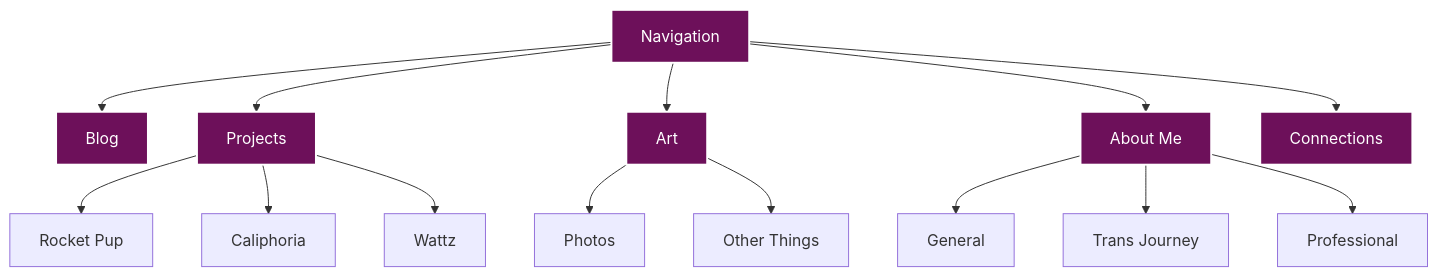
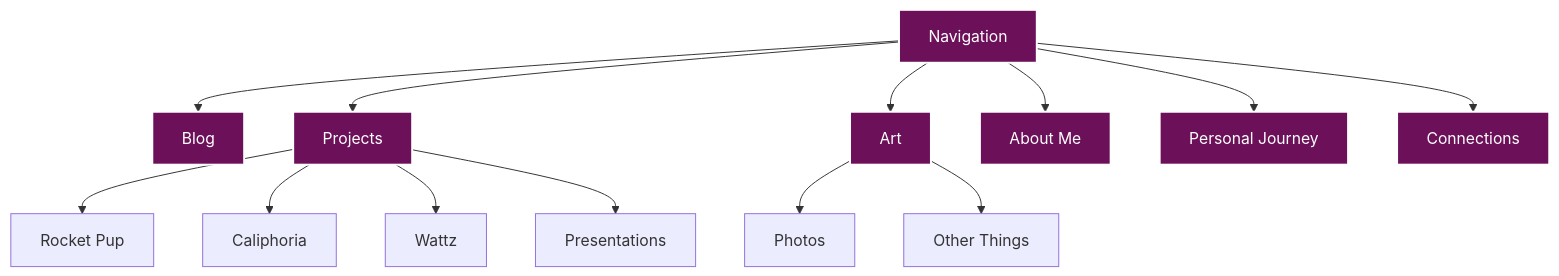
Before and after one commit to radicalkjax/blog: the fourth of 5 diagrams in docs/architecture/README.md, drawn with Mermaid. The commit also changed other lines of this file and 9 other files, not shown here.

````diff
--- a/docs/architecture/README.md
+++ b/docs/architecture/README.md
@@ -260,26 +267,25 @@
 ```mermaid
 graph TD
     A[Navigation] --> B[Blog]
     A --> C[Projects]
     A --> D[Art]
     A --> E[About Me]
-    A --> F[Connections]
+    A --> F[Personal Journey]
+    A --> G[Connections]
     
     C --> C1[Rocket Pup]
     C --> C2[Caliphoria]
     C --> C3[Wattz]
+    C --> C4[Presentations]
     
     D --> D1[Photos]
     D --> D2[Other Things]
-    
-    E --> E1[General]
-    E --> E2[Trans Journey]
-    E --> E3[Professional]
     
     style A fill:#6d105a,stroke:#fff,stroke-width:2px,color:#fff
     style B fill:#6d105a,stroke:#fff,stroke-width:2px,color:#fff
     style C fill:#6d105a,stroke:#fff,stroke-width:2px,color:#fff
     style D fill:#6d105a,stroke:#fff,stroke-width:2px,color:#fff
     style E fill:#6d105a,stroke:#fff,stroke-width:2px,color:#fff
     style F fill:#6d105a,stroke:#fff,stroke-width:2px,color:#fff
+    style G fill:#6d105a,stroke:#fff,stroke-width:2px,color:#fff
 ```
````
